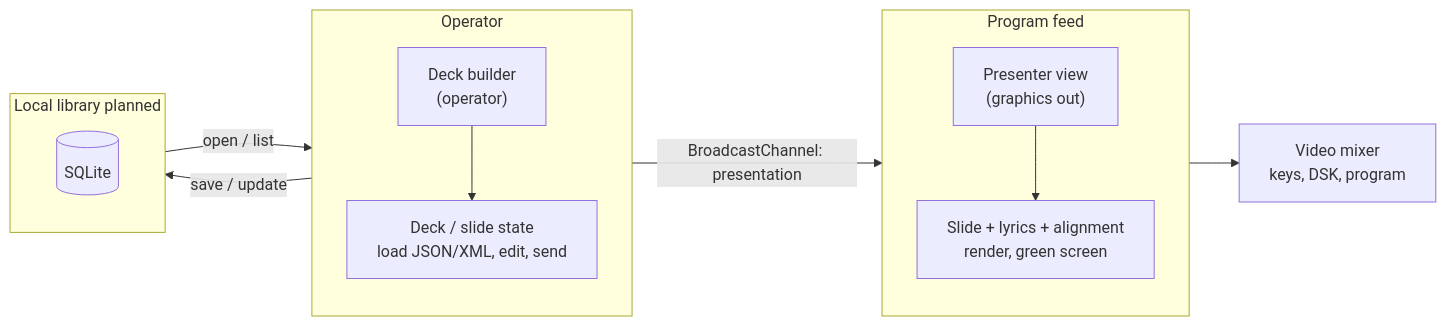
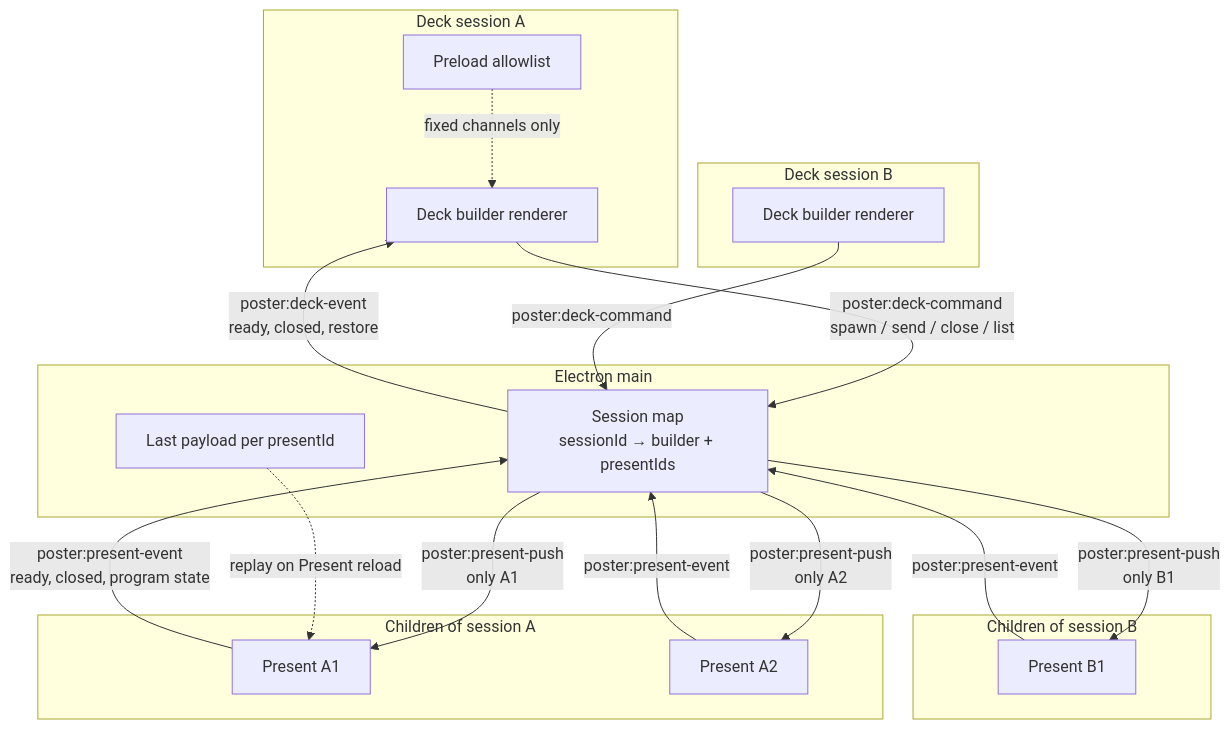
The diagram in ralph/epic.md (groundworksdesign/poster), drawn with Mermaid before and after one commit. The commit also changed other lines of this file and 5 other files, not shown here.

````diff
--- a/ralph/epic.md
+++ b/ralph/epic.md
@@ -144,26 +65,39 @@
 ```mermaid
-flowchart LR
-  subgraph Operator
-    direction TB
-    Builder["Deck builder<br/>(operator)"]
-    BState["Deck / slide state<br/>load JSON/XML, edit, send"]
-    Builder --> BState
+flowchart TB
+  subgraph DeckA["Deck session A"]
+    DA["Deck builder renderer"]
+    PLA["Preload allowlist"]
   end
 
-  subgraph Library["Local library planned"]
-    direction TB
-    DB[("SQLite")]
+  subgraph Main["Electron main"]
+    Map["Session map<br/>sessionId → builder + presentIds"]
+    Cache["Last payload per presentId"]
   end
 
-  subgraph Program_feed["Program feed"]
-    direction TB
-    Presenter["Presenter view<br/>(graphics out)"]
-    PState["Slide + lyrics + alignment<br/>render, green screen"]
-    Presenter --> PState
+  subgraph KidsA["Children of session A"]
+    PA1["Present A1"]
+    PA2["Present A2"]
   end
 
-  Builder -->|"save / update"| DB
-  DB -->|"open / list"| Builder
-  Builder -->|"BroadcastChannel: presentation"| Presenter
-  Presenter --> Mixer["Video mixer<br/>keys, DSK, program"]
+  subgraph DeckB["Deck session B"]
+    DB["Deck builder renderer"]
+  end
+
+  subgraph KidsB["Children of session B"]
+    PB1["Present B1"]
+  end
+
+  DA -->|"poster:deck-command<br/>spawn / send / close / list"| Map
+  Map -->|"poster:deck-event<br/>ready, closed, restore"| DA
+  Map -->|"poster:present-push<br/>only A1"| PA1
+  Map -->|"poster:present-push<br/>only A2"| PA2
+  PA1 -->|"poster:present-event<br/>ready, closed, program state"| Map
+  PA2 -->|"poster:present-event"| Map
+  Cache -.->|"replay on Present reload"| PA1
+
+  DB -->|"poster:deck-command"| Map
+  Map -->|"poster:present-push<br/>only B1"| PB1
+  PB1 -->|"poster:present-event"| Map
+
+  PLA -.->|"fixed channels only"| DA
 ```
````
